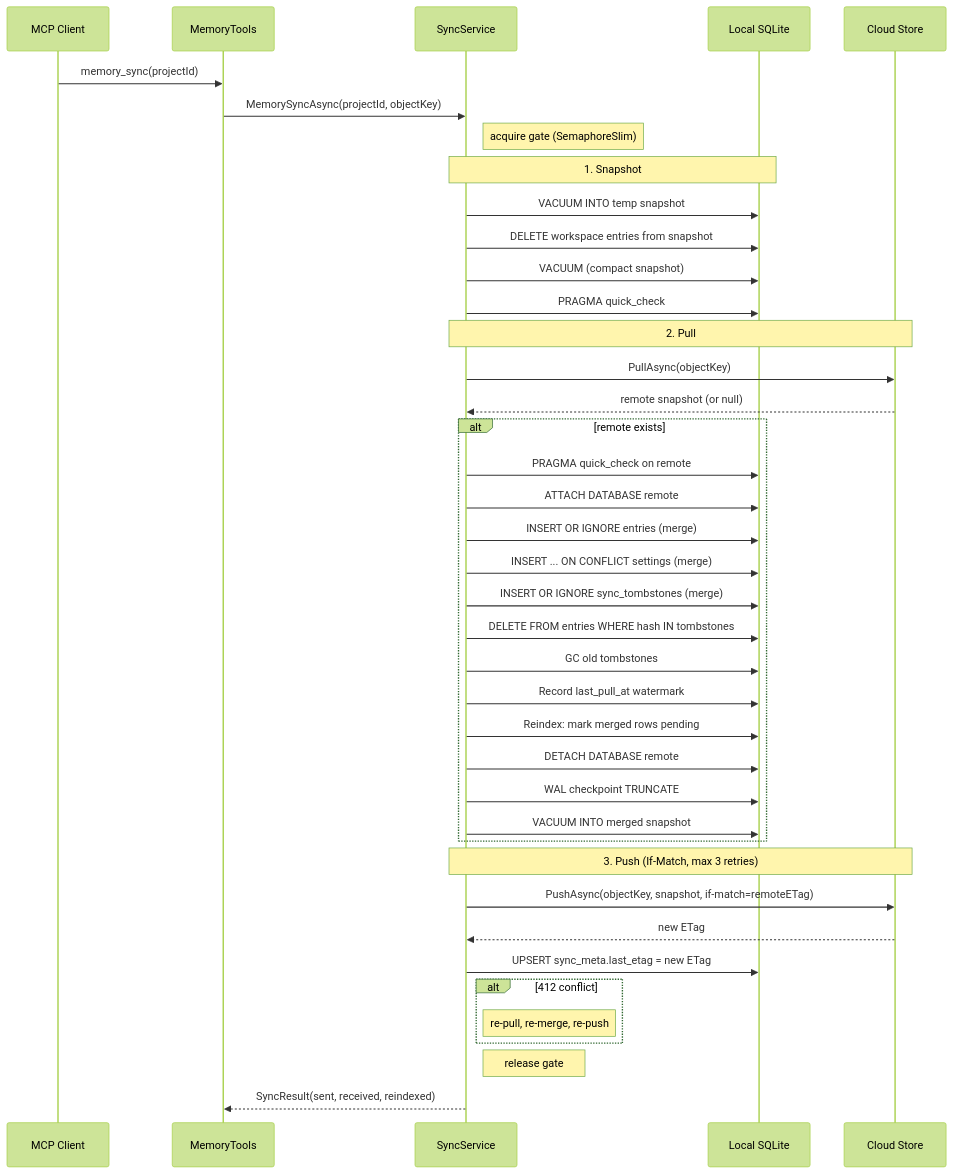
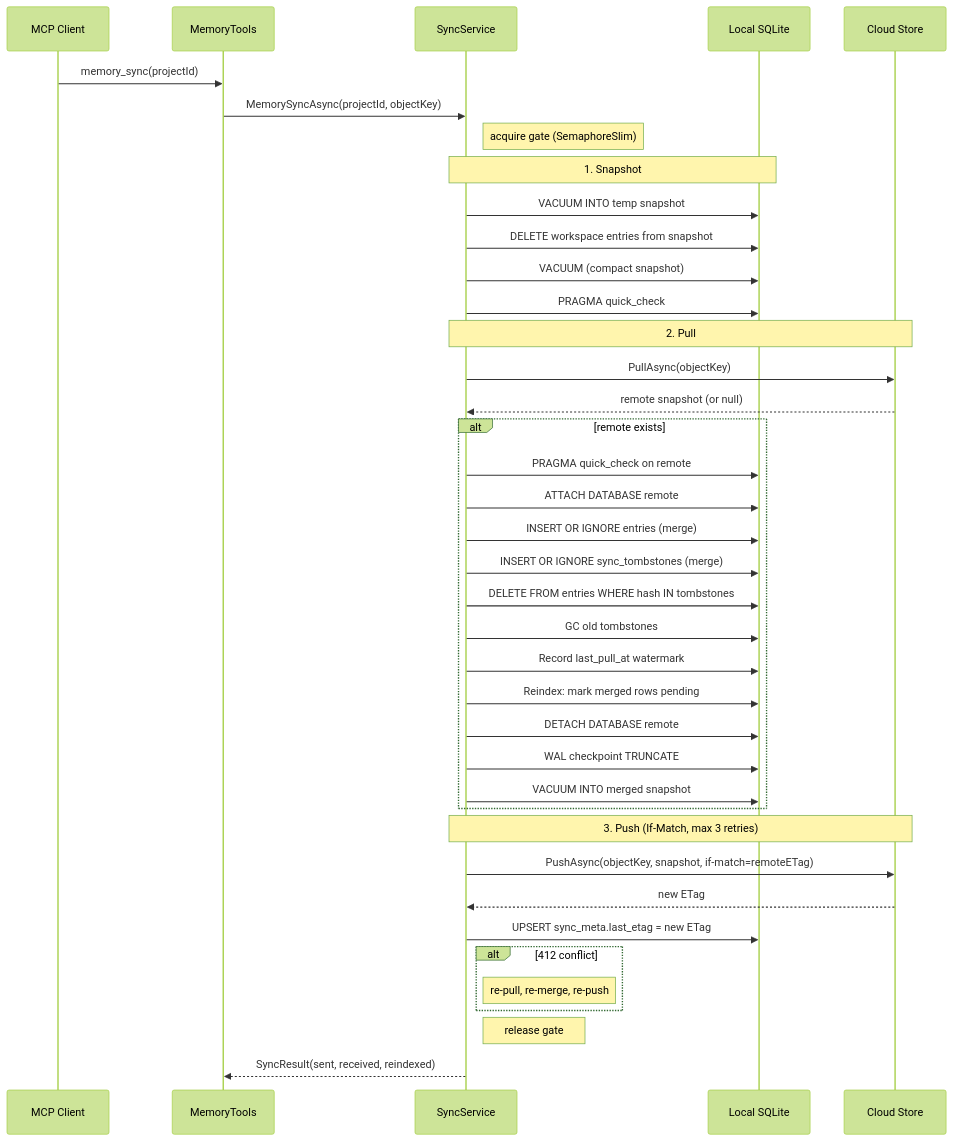
Before and after one commit to Arasz/ai-raccoon: the fourth of 6 diagrams in docs/explanation/architecture.md, drawn with Mermaid (forest theme). The commit also changed other lines of this file and 5 other files, not shown here.

````diff
--- a/docs/explanation/architecture.md
+++ b/docs/explanation/architecture.md
@@ -279,47 +279,46 @@
 ```mermaid
 sequenceDiagram
     participant C as MCP Client
     participant T as MemoryTools
     participant S as SyncService
     participant L as Local SQLite
     participant R as Cloud Store
 
     C->>T: memory_sync(projectId)
     T->>S: MemorySyncAsync(projectId, objectKey)
     Note right of S: acquire gate (SemaphoreSlim)
 
     Note over S,L: 1. Snapshot
     S->>L: VACUUM INTO temp snapshot
     S->>L: DELETE workspace entries from snapshot
     S->>L: VACUUM (compact snapshot)
     S->>L: PRAGMA quick_check
 
     Note over S,R: 2. Pull
     S->>R: PullAsync(objectKey)
     R-->>S: remote snapshot (or null)
     alt remote exists
         S->>L: PRAGMA quick_check on remote
         S->>L: ATTACH DATABASE remote
         S->>L: INSERT OR IGNORE entries (merge)
-        S->>L: INSERT ... ON CONFLICT settings (merge)
         S->>L: INSERT OR IGNORE sync_tombstones (merge)
         S->>L: DELETE FROM entries WHERE hash IN tombstones
         S->>L: GC old tombstones
         S->>L: Record last_pull_at watermark
         S->>L: Reindex: mark merged rows pending
         S->>L: DETACH DATABASE remote
         S->>L: WAL checkpoint TRUNCATE
         S->>L: VACUUM INTO merged snapshot
     end
 
     Note over S,R: 3. Push (If-Match, max 3 retries)
     S->>R: PushAsync(objectKey, snapshot, if-match=remoteETag)
     R-->>S: new ETag
     S->>L: UPSERT sync_meta.last_etag = new ETag
     alt 412 conflict
         Note right of S: re-pull, re-merge, re-push
     end
 
     Note right of S: release gate
     S-->>T: SyncResult(sent, received, reindexed)
 ```
````
